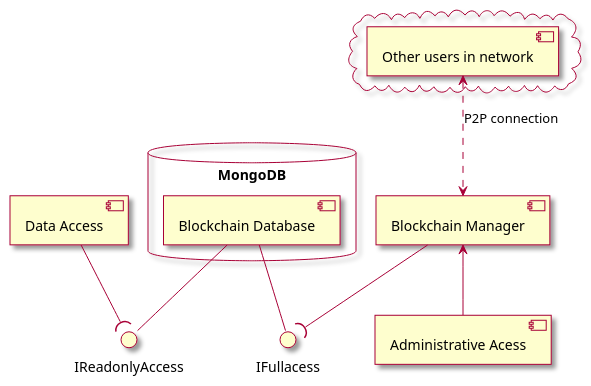
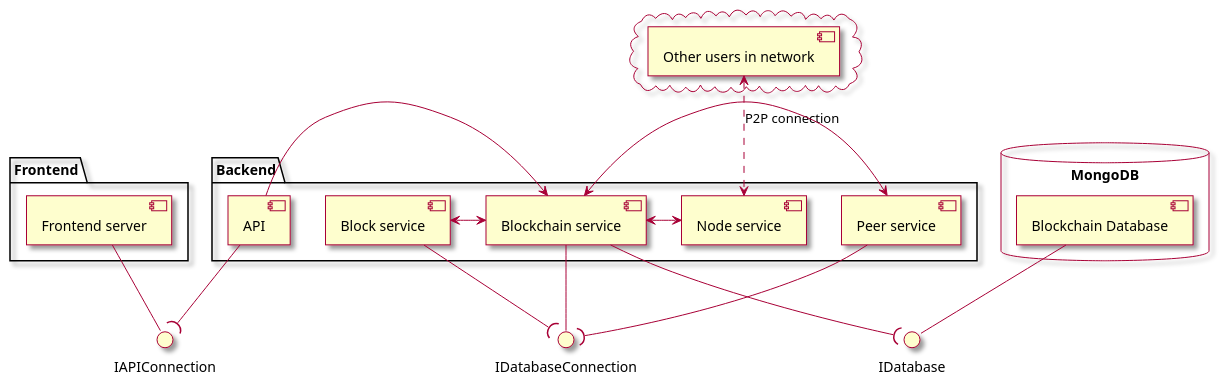
The diagram in docs/diagram_komponentow_architektury.puml (WojciechSzade/dpachain), drawn with PlantUML before and after one commit. The commit also changed 33 other files, not shown here.

```diff
--- a/docs/diagram_komponentow_architektury.puml
+++ b/docs/diagram_komponentow_architektury.puml
@@ -1,27 +1,44 @@
 @startuml
 
 skin rose
 database "MongoDB" {
 component [Blockchain Database] as DB
 }
-component [Data Access] as DA
-component [Blockchain Manager] as BM
-component [Administrative Acess] as AA
+package "Backend"{
+component [Blockchain service] as BM
+component [API]
+component [Node service] as NM
+component [Peer service] as PM
+component [Block service] as BS
+}
 cloud {
 component [Other users in network] as users
 }
 
+package "Frontend" {
+component [Frontend server] as FS
+}
 
-interface IReadonlyAccess
-interface IFullacess
 
-DB -- IReadonlyAccess
-DB -- IFullacess
+interface IDatabaseConnection
+interface IAPIConnection
 
-DA --( IReadonlyAccess
-BM --( IFullacess
+DB -- IDatabase
 
-BM <.up.> users : P2P connection
-AA -up-> BM
+BM --( IDatabase
+BM -- IDatabaseConnection
+BS --( IDatabaseConnection
+PM --( IDatabaseConnection
+
+NM <.up.> users : P2P connection
+
+API -> BM
+BM <-> BS
+BM <-> NM
+BM <-> PM
+
+API --( IAPIConnection
+FS -- IAPIConnection
+
 
 @enduml
```
